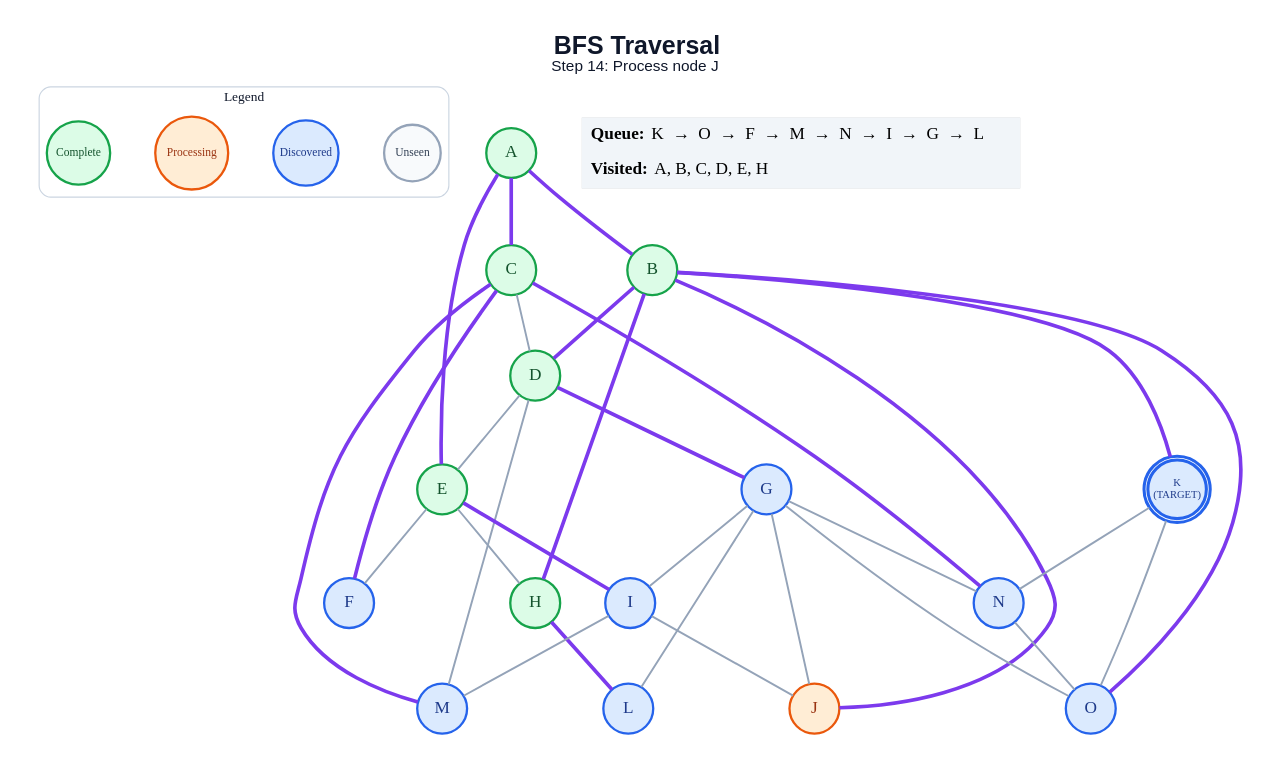
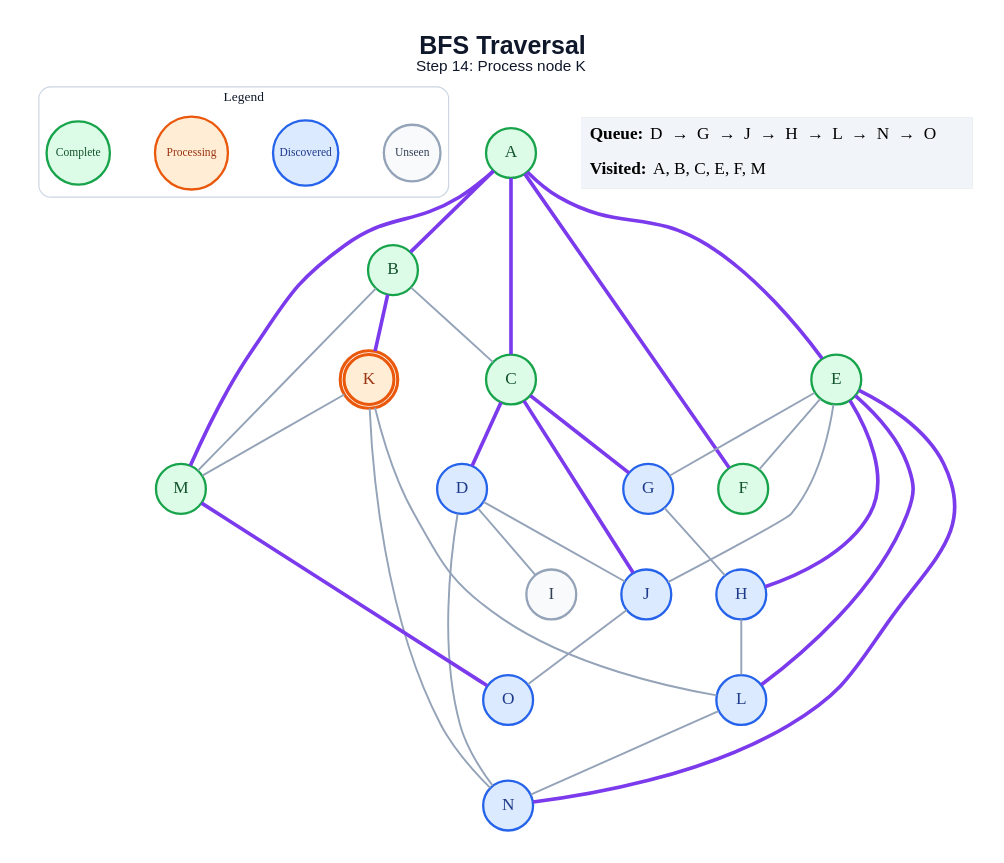
The diagram in generated/specific-node/bfs/step_14.dot (anon7238593-create/ai-slop), drawn with Graphviz before and after one commit. The commit also changed 209 other files, not shown here.

```diff
--- a/generated/specific-node/bfs/step_14.dot
+++ b/generated/specific-node/bfs/step_14.dot
@@ -1,63 +1,62 @@
 graph traversal {
   graph [layout=dot, rankdir=TB, bgcolor="#FFFFFF", pad="0.35", nodesep="0.65", ranksep="0.8", fontname="Arial"];
   node [shape=circle, style="filled", fontname="Arial Bold", fontsize=18, width=0.72, fixedsize=true, penwidth=2.4];
   edge [color="#94A3B8", penwidth=2.0];
-  label=<<B>BFS Traversal</B><BR/><FONT POINT-SIZE="16">Step 14: Process node J</FONT>>; labelloc="t"; fontsize=26; fontname="Arial"; fontcolor="#0F172A";
+  label=<<B>BFS Traversal</B><BR/><FONT POINT-SIZE="16">Step 14: Process node K</FONT>>; labelloc="t"; fontsize=26; fontname="Arial"; fontcolor="#0F172A";
   subgraph cluster_legend { label="Legend"; color="#CBD5E1"; penwidth=1.2; style="rounded"; fontsize=14; fontname="Arial Bold";
     key_unseen [label="Unseen", fillcolor="#F8FAFC", color="#94A3B8", fontcolor="#334155", fontsize=12, width=0.82];
     key_frontier [label="Discovered", fillcolor="#DBEAFE", color="#2563EB", fontcolor="#1E3A8A", fontsize=12, width=0.95];
     key_current [label="Processing", fillcolor="#FFEDD5", color="#EA580C", fontcolor="#9A3412", fontsize=12, width=1.05];
     key_done [label="Complete", fillcolor="#DCFCE7", color="#16A34A", fontcolor="#14532D", fontsize=12, width=0.92];
     { rank=same; key_unseen; key_frontier; key_current; key_done; }
   }
   A [label="A", fillcolor="#DCFCE7", color="#16A34A", fontcolor="#14532D", peripheries=1, penwidth=2.4];
   B [label="B", fillcolor="#DCFCE7", color="#16A34A", fontcolor="#14532D", peripheries=1, penwidth=2.4];
   C [label="C", fillcolor="#DCFCE7", color="#16A34A", fontcolor="#14532D", peripheries=1, penwidth=2.4];
-  D [label="D", fillcolor="#DCFCE7", color="#16A34A", fontcolor="#14532D", peripheries=1, penwidth=2.4];
+  D [label="D", fillcolor="#DBEAFE", color="#2563EB", fontcolor="#1E3A8A", peripheries=1, penwidth=2.4];
   E [label="E", fillcolor="#DCFCE7", color="#16A34A", fontcolor="#14532D", peripheries=1, penwidth=2.4];
-  F [label="F", fillcolor="#DBEAFE", color="#2563EB", fontcolor="#1E3A8A", peripheries=1, penwidth=2.4];
+  F [label="F", fillcolor="#DCFCE7", color="#16A34A", fontcolor="#14532D", peripheries=1, penwidth=2.4];
   G [label="G", fillcolor="#DBEAFE", color="#2563EB", fontcolor="#1E3A8A", peripheries=1, penwidth=2.4];
-  H [label="H", fillcolor="#DCFCE7", color="#16A34A", fontcolor="#14532D", peripheries=1, penwidth=2.4];
-  I [label="I", fillcolor="#DBEAFE", color="#2563EB", fontcolor="#1E3A8A", peripheries=1, penwidth=2.4];
-  J [label="J", fillcolor="#FFEDD5", color="#EA580C", fontcolor="#9A3412", peripheries=1, penwidth=2.4];
-  K [label="K\n(TARGET)", fillcolor="#DBEAFE", color="#2563EB", fontcolor="#1E3A8A", peripheries=2, penwidth=3.2, fontsize=11, width=0.85, height=0.85];
+  H [label="H", fillcolor="#DBEAFE", color="#2563EB", fontcolor="#1E3A8A", peripheries=1, penwidth=2.4];
+  I [label="I", fillcolor="#F8FAFC", color="#94A3B8", fontcolor="#334155", peripheries=1, penwidth=2.4];
+  J [label="J", fillcolor="#DBEAFE", color="#2563EB", fontcolor="#1E3A8A", peripheries=1, penwidth=2.4];
+  K [label="K", fillcolor="#FFEDD5", color="#EA580C", fontcolor="#9A3412", peripheries=2, penwidth=3.2];
   L [label="L", fillcolor="#DBEAFE", color="#2563EB", fontcolor="#1E3A8A", peripheries=1, penwidth=2.4];
-  M [label="M", fillcolor="#DBEAFE", color="#2563EB", fontcolor="#1E3A8A", peripheries=1, penwidth=2.4];
+  M [label="M", fillcolor="#DCFCE7", color="#16A34A", fontcolor="#14532D", peripheries=1, penwidth=2.4];
   N [label="N", fillcolor="#DBEAFE", color="#2563EB", fontcolor="#1E3A8A", peripheries=1, penwidth=2.4];
   O [label="O", fillcolor="#DBEAFE", color="#2563EB", fontcolor="#1E3A8A", peripheries=1, penwidth=2.4];
   A -- B [color="#7C3AED", penwidth=3.8];
   A -- C [color="#7C3AED", penwidth=3.8];
   A -- E [color="#7C3AED", penwidth=3.8];
-  B -- D [color="#7C3AED", penwidth=3.8];
-  B -- H [color="#7C3AED", penwidth=3.8];
-  B -- J [color="#7C3AED", penwidth=3.8];
+  A -- F [color="#7C3AED", penwidth=3.8];
+  A -- M [color="#7C3AED", penwidth=3.8];
+  B -- C;
   B -- K [color="#7C3AED", penwidth=3.8];
-  B -- O [color="#7C3AED", penwidth=3.8];
-  C -- D;
-  C -- F [color="#7C3AED", penwidth=3.8];
-  C -- M [color="#7C3AED", penwidth=3.8];
-  C -- N [color="#7C3AED", penwidth=3.8];
-  D -- E;
-  D -- G [color="#7C3AED", penwidth=3.8];
-  D -- M;
+  B -- M;
+  C -- D [color="#7C3AED", penwidth=3.8];
+  C -- G [color="#7C3AED", penwidth=3.8];
+  C -- J [color="#7C3AED", penwidth=3.8];
+  D -- I;
+  D -- J;
+  D -- N;
   E -- F;
-  E -- H;
-  E -- I [color="#7C3AED", penwidth=3.8];
-  G -- I;
-  G -- J;
-  G -- L;
-  G -- N;
-  G -- O;
-  H -- L [color="#7C3AED", penwidth=3.8];
-  I -- J;
-  I -- M;
+  E -- G;
+  E -- H [color="#7C3AED", penwidth=3.8];
+  E -- J;
+  E -- L [color="#7C3AED", penwidth=3.8];
+  E -- N [color="#7C3AED", penwidth=3.8];
+  G -- H;
+  H -- L;
+  J -- O;
+  K -- L;
+  K -- M;
   K -- N;
-  K -- O;
-  N -- O;
+  L -- N;
+  M -- O [color="#7C3AED", penwidth=3.8];
   status [shape=plain, fixedsize=false, width=0, height=0, margin=0, label=<
     <TABLE BORDER="0" CELLBORDER="0" CELLPADDING="7" BGCOLOR="#F1F5F9">
-      <TR><TD ALIGN="LEFT"><B>Queue:</B> K  →  O  →  F  →  M  →  N  →  I  →  G  →  L</TD></TR>
-      <TR><TD ALIGN="LEFT"><B>Visited:</B> A, B, C, D, E, H</TD></TR>
+      <TR><TD ALIGN="LEFT"><B>Queue:</B> D  →  G  →  J  →  H  →  L  →  N  →  O</TD></TR>
+      <TR><TD ALIGN="LEFT"><B>Visited:</B> A, B, C, E, F, M</TD></TR>
     </TABLE>
   >];
 }
```
